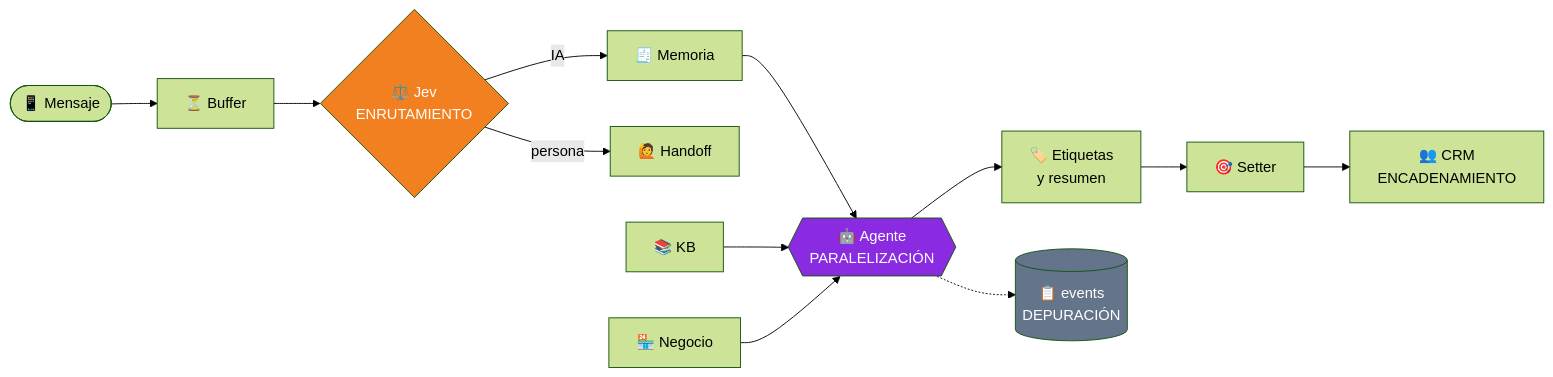
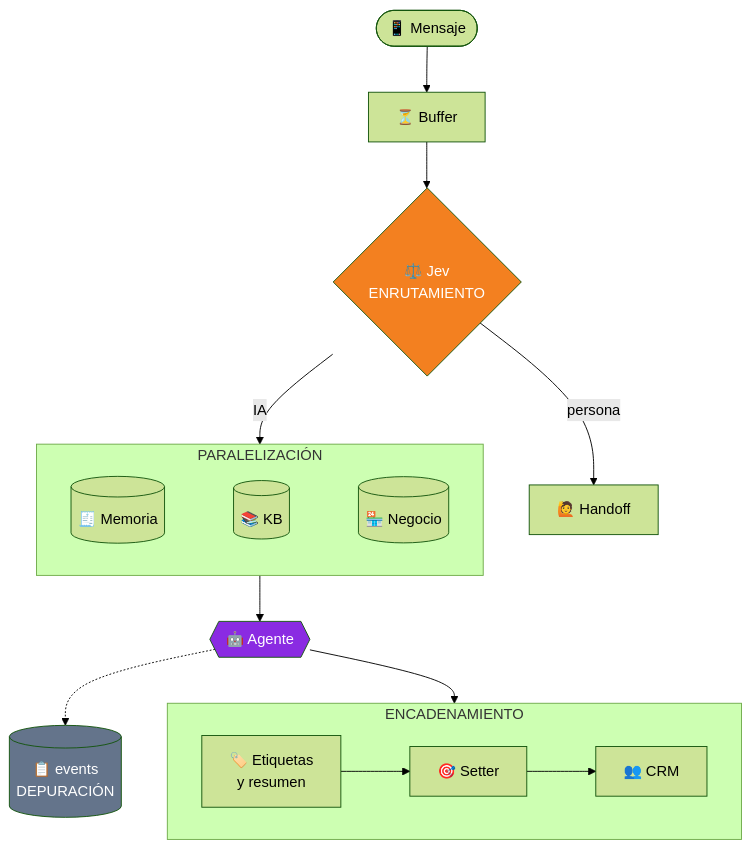
Before and after one commit to grancobud/arm-whatsapp: the fourth of 4 diagrams in PUESTA-AL-DIA.md, drawn with Mermaid (forest theme). The commit also changed other lines of this file, not shown here.

Commit message:
docs: diagramas de la puesta al día más legibles

````diff
--- a/PUESTA-AL-DIA.md
+++ b/PUESTA-AL-DIA.md
@@ -174,16 +175,21 @@
 ```mermaid
-flowchart LR
+flowchart TB
     M([📱 Mensaje]) --> B[⏳ Buffer]
-    B --> J{⚖️ Jev<br/>ENRUTAMIENTO}
-    J -->|IA| P1[🧾 Memoria]
+    B --> J{⚖️ Jev<br/>ENRUTAMIENTO}:::o
     J -->|persona| H[🙋 Handoff]
-    P1 & P2[📚 KB] & P3[🏪 Negocio] --> A{{🤖 Agente<br/>PARALELIZACIÓN}}
-    A --> E[🏷️ Etiquetas<br/>y resumen]
-    E --> S[🎯 Setter]
-    S --> CRM[👥 CRM<br/>ENCADENAMIENTO]
-    A -.-> EV[(📋 events<br/>DEPURACIÓN)]
-
-    style J fill:#F38020,color:#fff
-    style A fill:#8A2BE2,color:#fff
-    style EV fill:#64748B,color:#fff
+    J -->|IA| CTX
+    subgraph CTX [PARALELIZACIÓN]
+        direction LR
+        P1[(🧾 Memoria)] ~~~ P2[(📚 KB)] ~~~ P3[(🏪 Negocio)]
+    end
+    CTX --> A{{🤖 Agente}}:::a
+    A --> CH
+    subgraph CH [ENCADENAMIENTO]
+        direction LR
+        E[🏷️ Etiquetas<br/>y resumen] --> S[🎯 Setter] --> CRM[👥 CRM]
+    end
+    A -.-> EV[(📋 events<br/>DEPURACIÓN)]:::g
+    classDef o fill:#F38020,color:#fff
+    classDef a fill:#8A2BE2,color:#fff
+    classDef g fill:#64748B,color:#fff
 ```
````
